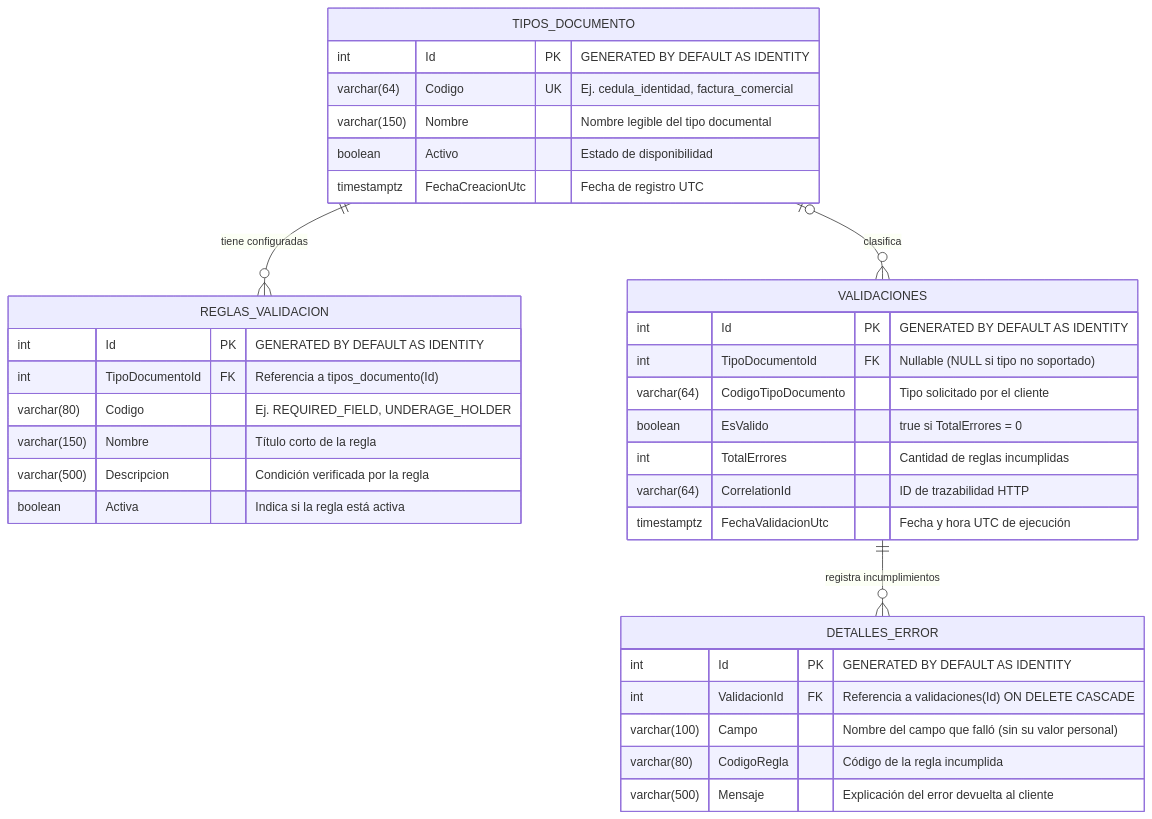
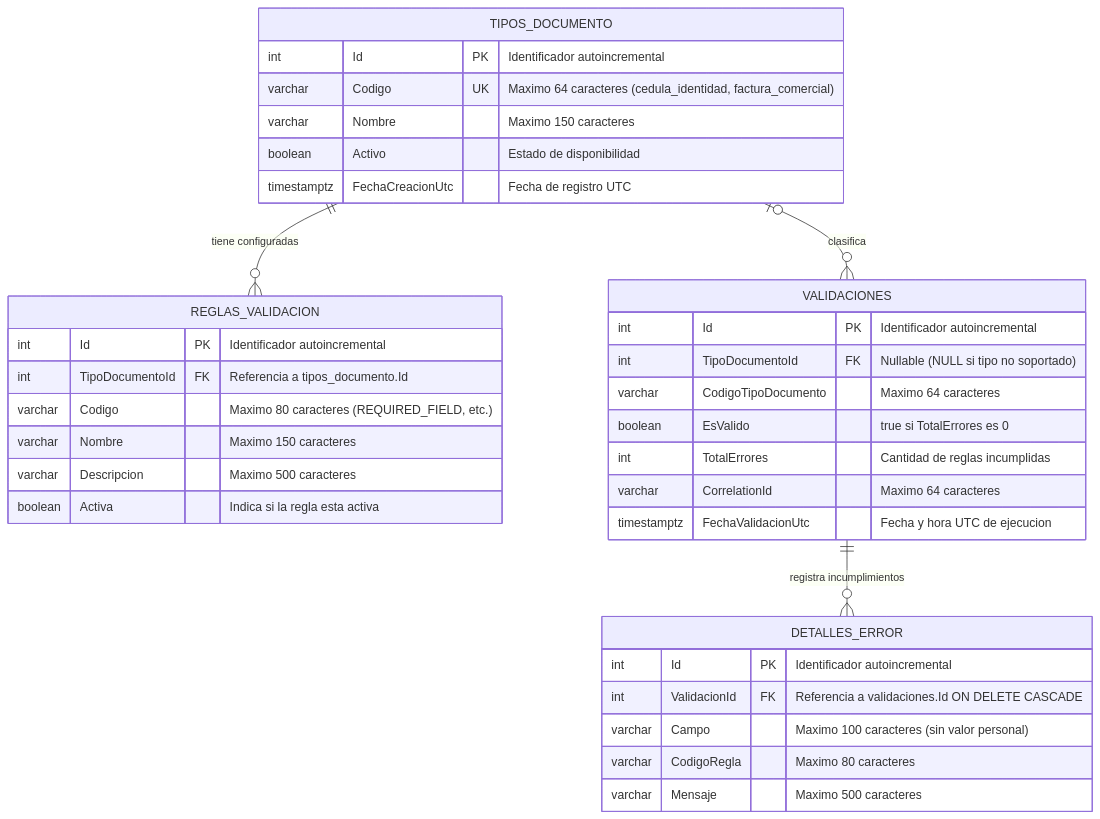
Before and after one commit to Brandom0215/VeriDoc: the fifth of 5 diagrams in documents/Veridoc_Arquitectura_y_Diagramas.md, drawn with Mermaid. The commit also changed other lines of this file and 13 other files, not shown here.

First line of the commit message:
security(api,docs): harden HTTP pipeline, sanitize inputs, remove dead DTOs, and fix C4 Mermaid syntax

````diff
--- a/documents/Veridoc_Arquitectura_y_Diagramas.md
+++ b/documents/Veridoc_Arquitectura_y_Diagramas.md
@@ -150,41 +156,41 @@
 ```mermaid
 erDiagram
     TIPOS_DOCUMENTO ||--o{ REGLAS_VALIDACION : "tiene configuradas"
     TIPOS_DOCUMENTO |o--o{ VALIDACIONES : "clasifica"
     VALIDACIONES ||--o{ DETALLES_ERROR : "registra incumplimientos"
 
     TIPOS_DOCUMENTO {
-        int Id PK "GENERATED BY DEFAULT AS IDENTITY"
-        varchar(64) Codigo UK "Ej. cedula_identidad, factura_comercial"
-        varchar(150) Nombre "Nombre legible del tipo documental"
+        int Id PK "Identificador autoincremental"
+        varchar Codigo UK "Maximo 64 caracteres (cedula_identidad, factura_comercial)"
+        varchar Nombre "Maximo 150 caracteres"
         boolean Activo "Estado de disponibilidad"
         timestamptz FechaCreacionUtc "Fecha de registro UTC"
     }
 
     REGLAS_VALIDACION {
-        int Id PK "GENERATED BY DEFAULT AS IDENTITY"
-        int TipoDocumentoId FK "Referencia a tipos_documento(Id)"
-        varchar(80) Codigo "Ej. REQUIRED_FIELD, UNDERAGE_HOLDER"
-        varchar(150) Nombre "Título corto de la regla"
-        varchar(500) Descripcion "Condición verificada por la regla"
-        boolean Activa "Indica si la regla está activa"
+        int Id PK "Identificador autoincremental"
+        int TipoDocumentoId FK "Referencia a tipos_documento.Id"
+        varchar Codigo "Maximo 80 caracteres (REQUIRED_FIELD, etc.)"
+        varchar Nombre "Maximo 150 caracteres"
+        varchar Descripcion "Maximo 500 caracteres"
+        boolean Activa "Indica si la regla esta activa"
     }
 
     VALIDACIONES {
-        int Id PK "GENERATED BY DEFAULT AS IDENTITY"
+        int Id PK "Identificador autoincremental"
         int TipoDocumentoId FK "Nullable (NULL si tipo no soportado)"
-        varchar(64) CodigoTipoDocumento "Tipo solicitado por el cliente"
-        boolean EsValido "true si TotalErrores = 0"
+        varchar CodigoTipoDocumento "Maximo 64 caracteres"
+        boolean EsValido "true si TotalErrores es 0"
         int TotalErrores "Cantidad de reglas incumplidas"
-        varchar(64) CorrelationId "ID de trazabilidad HTTP"
-        timestamptz FechaValidacionUtc "Fecha y hora UTC de ejecución"
+        varchar CorrelationId "Maximo 64 caracteres"
+        timestamptz FechaValidacionUtc "Fecha y hora UTC de ejecucion"
     }
 
     DETALLES_ERROR {
-        int Id PK "GENERATED BY DEFAULT AS IDENTITY"
-        int ValidacionId FK "Referencia a validaciones(Id) ON DELETE CASCADE"
-        varchar(100) Campo "Nombre del campo que falló (sin su valor personal)"
-        varchar(80) CodigoRegla "Código de la regla incumplida"
-        varchar(500) Mensaje "Explicación del error devuelta al cliente"
+        int Id PK "Identificador autoincremental"
+        int ValidacionId FK "Referencia a validaciones.Id ON DELETE CASCADE"
+        varchar Campo "Maximo 100 caracteres (sin valor personal)"
+        varchar CodigoRegla "Maximo 80 caracteres"
+        varchar Mensaje "Maximo 500 caracteres"
     }
 ```
````
